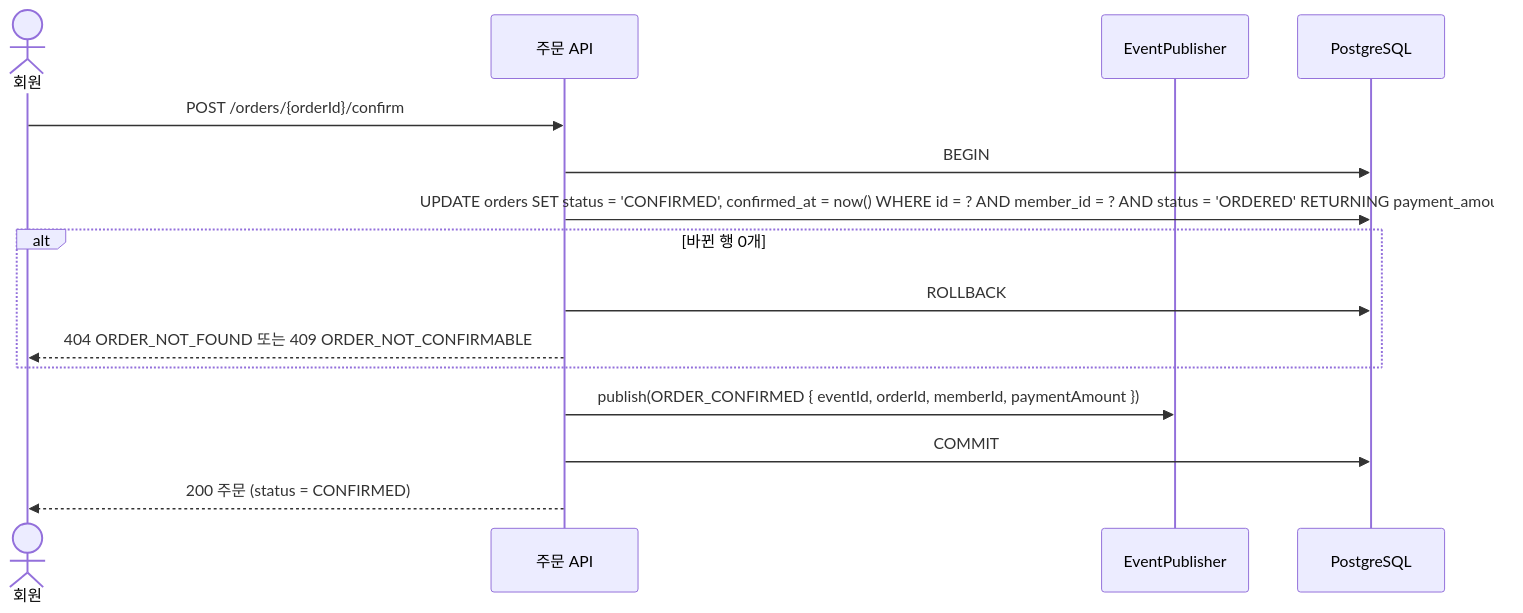
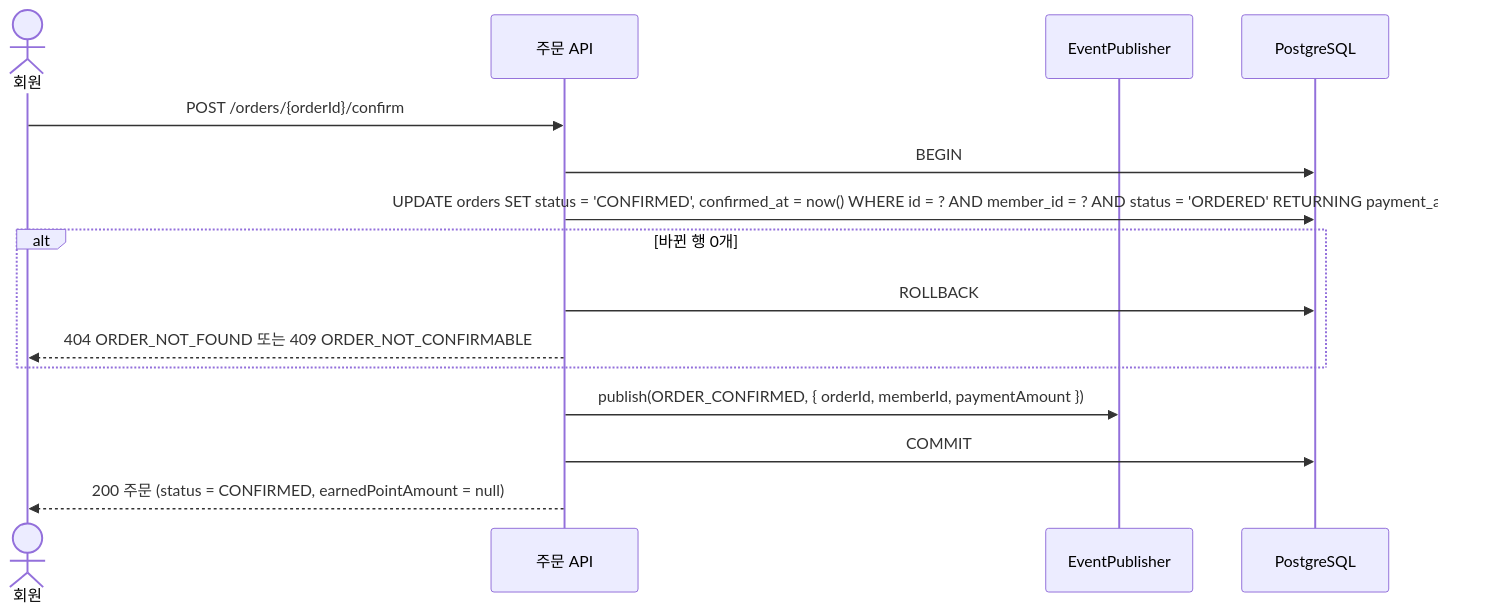
One commit to KAPUIST/flash-gate changed the eighth of 9 diagrams in docs/features/order/flows.md. Above: the diagram before and after it, drawn with Mermaid. The commit also changed other lines of this file and 13 other files, not shown here.

Commit message:
Fix review gaps in coupon, order, cart, and point docs

````diff
--- a/docs/features/order/flows.md
+++ b/docs/features/order/flows.md
@@ -268,18 +351,18 @@
 ```mermaid
 sequenceDiagram
     actor U as 회원
     participant O as 주문 API
     participant E as EventPublisher
     participant DB as PostgreSQL
 
     U->>O: POST /orders/{orderId}/confirm
     O->>DB: BEGIN
     O->>DB: UPDATE orders SET status = 'CONFIRMED', confirmed_at = now() WHERE id = ? AND member_id = ? AND status = 'ORDERED' RETURNING payment_amount
     alt 바뀐 행 0개
         O->>DB: ROLLBACK
         O-->>U: 404 ORDER_NOT_FOUND 또는 409 ORDER_NOT_CONFIRMABLE
     end
-    O->>E: publish(ORDER_CONFIRMED { eventId, orderId, memberId, paymentAmount })
+    O->>E: publish(ORDER_CONFIRMED, { orderId, memberId, paymentAmount })
     O->>DB: COMMIT
-    O-->>U: 200 주문 (status = CONFIRMED)
+    O-->>U: 200 주문 (status = CONFIRMED, earnedPointAmount = null)
 ```
````
